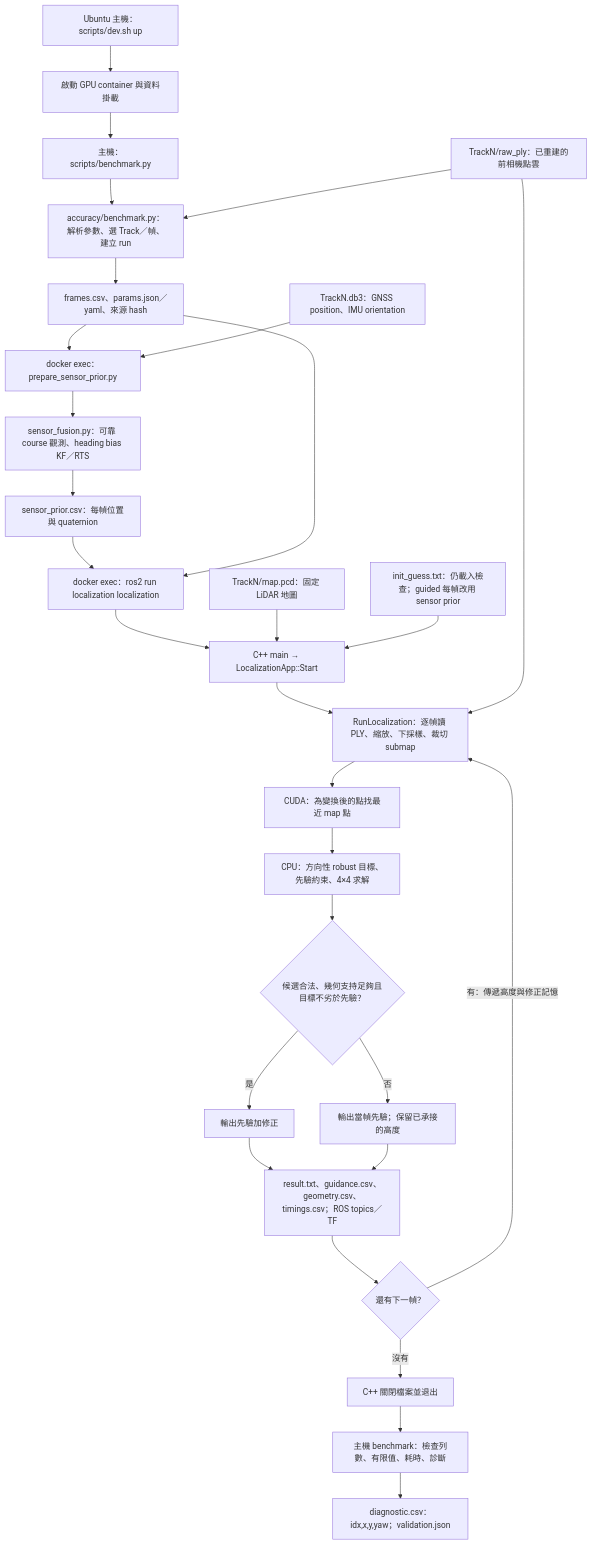
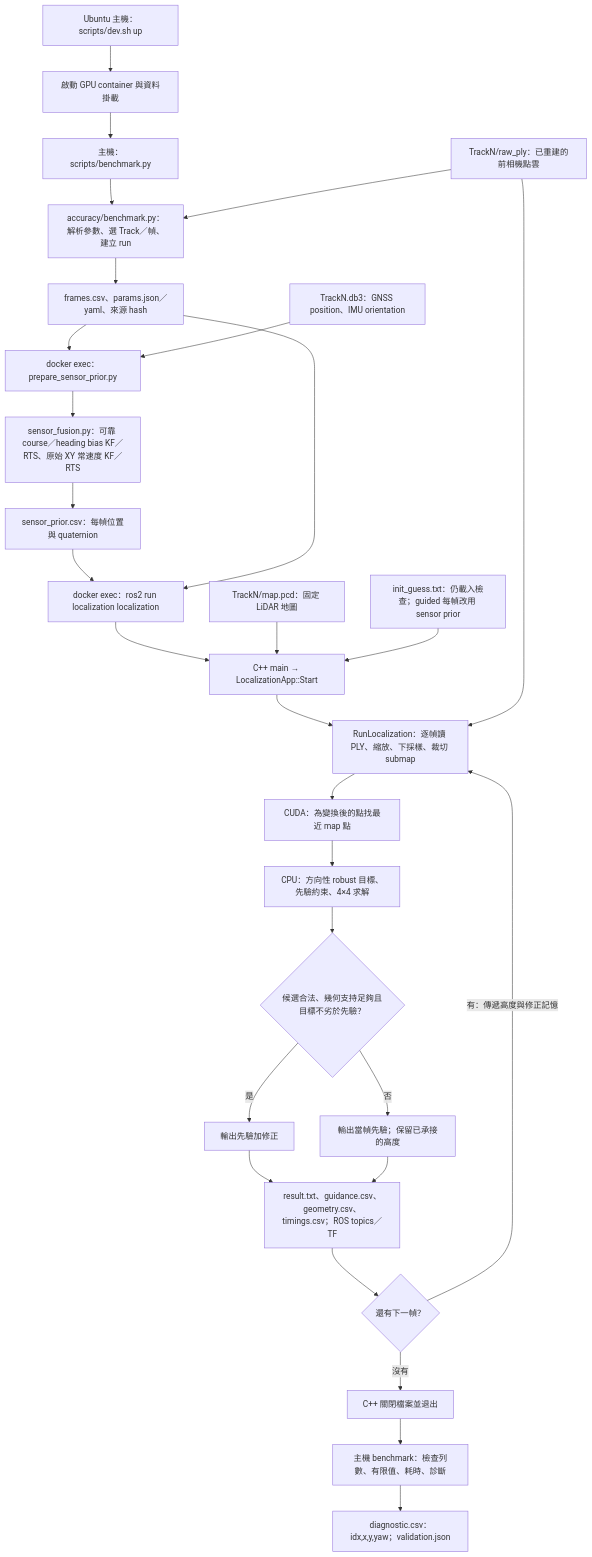
One commit to chichunwang/sdc_ros2 changed the first of 2 diagrams in midterm01_gpu/doc/01_PROGRAM_FLOW.md. Above: the diagram before and after it, drawn with Mermaid. The commit also changed other lines of this file and 141 other files, not shown here.

````diff
--- a/midterm01_gpu/doc/01_PROGRAM_FLOW.md
+++ b/midterm01_gpu/doc/01_PROGRAM_FLOW.md
@@ -19,31 +35,31 @@
 ```mermaid
 flowchart TD
     H["Ubuntu 主機：scripts/dev.sh up"] --> D["啟動 GPU container 與資料掛載"]
     D --> B["主機：scripts/benchmark.py"]
     B --> I["accuracy/benchmark.py：解析參數、選 Track／幀、建立 run"]
     PLY["TrackN/raw_ply：已重建的前相機點雲"] --> I
     I --> F["frames.csv、params.json／yaml、來源 hash"]
     F --> S["docker exec：prepare_sensor_prior.py"]
     BAG["TrackN.db3：GNSS position、IMU orientation"] --> S
-    S --> SF["sensor_fusion.py：可靠 course 觀測、heading bias KF／RTS"]
+    S --> SF["sensor_fusion.py：可靠 course／heading bias KF／RTS、原始 XY 常速度 KF／RTS"]
     SF --> PR["sensor_prior.csv：每幀位置與 quaternion"]
     PR --> RUN["docker exec：ros2 run localization localization"]
     F --> RUN
     RUN --> CPP["C++ main → LocalizationApp::Start"]
     MAP["TrackN/map.pcd：固定 LiDAR 地圖"] --> CPP
     INIT["init_guess.txt：仍載入檢查；guided 每幀改用 sensor prior"] --> CPP
     CPP --> LOOP["RunLocalization：逐幀讀 PLY、縮放、下採樣、裁切 submap"]
     PLY --> LOOP
     LOOP --> GPU["CUDA：為變換後的點找最近 map 點"]
     GPU --> CPU["CPU：方向性 robust 目標、先驗約束、4×4 求解"]
     CPU --> OK{"候選合法、幾何支持足夠且目標不劣於先驗？"}
     OK -->|是| ACCEPT["輸出先驗加修正"]
     OK -->|否| FALLBACK["輸出當幀先驗；保留已承接的高度"]
     ACCEPT --> OUT["result.txt、guidance.csv、geometry.csv、timings.csv；ROS topics／TF"]
     FALLBACK --> OUT
     OUT --> NEXT{"還有下一幀？"}
     NEXT -->|有：傳遞高度與修正記憶| LOOP
     NEXT -->|沒有| END["C++ 關閉檔案並退出"]
     END --> CHECK["主機 benchmark：檢查列數、有限值、耗時、診斷"]
     CHECK --> CSV["diagnostic.csv：idx,x,y,yaw；validation.json"]
 ```
````
